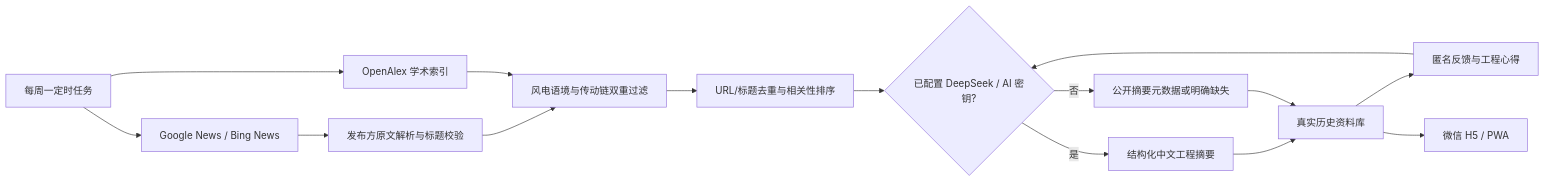
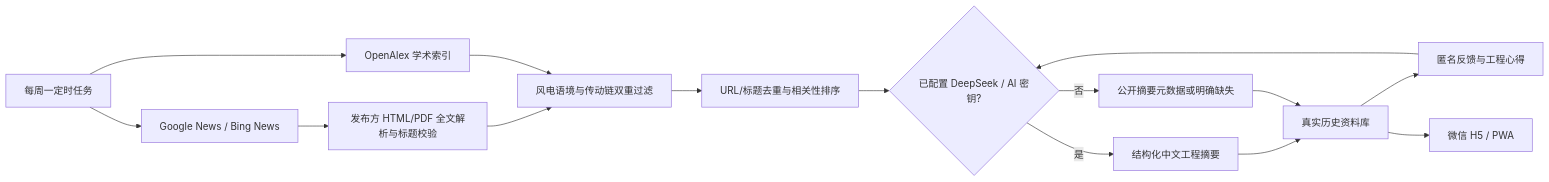
Before and after one commit to WxF5ve/wind-drivetrain-intelligence: the diagram in README.md, drawn with Mermaid. The commit also changed other lines of this file and 20 other files, not shown here.

````diff
--- a/README.md
+++ b/README.md
@@ -91,17 +93,17 @@
 ```mermaid
 flowchart LR
     A["每周一定时任务"] --> B["Google News / Bing News"]
     A --> C["OpenAlex 学术索引"]
-    B --> D["发布方原文解析与标题校验"]
+    B --> D["发布方 HTML/PDF 全文解析与标题校验"]
     D --> E["风电语境与传动链双重过滤"]
     C --> E
     E --> F["URL/标题去重与相关性排序"]
     F --> G{"已配置 DeepSeek / AI 密钥?"}
     G -- "是" --> H["结构化中文工程摘要"]
     G -- "否" --> I["公开摘要元数据或明确缺失"]
     H --> J["真实历史资料库"]
     I --> J
     J --> L["匿名反馈与工程心得"]
     L --> G
     J --> K["微信 H5 / PWA"]
 ```
````
